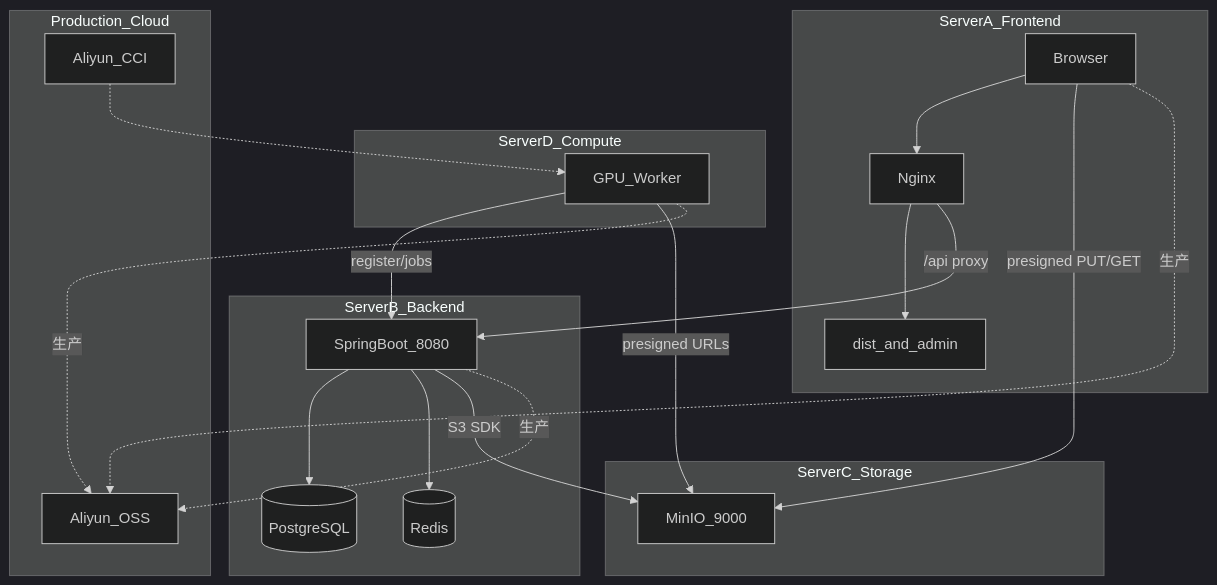
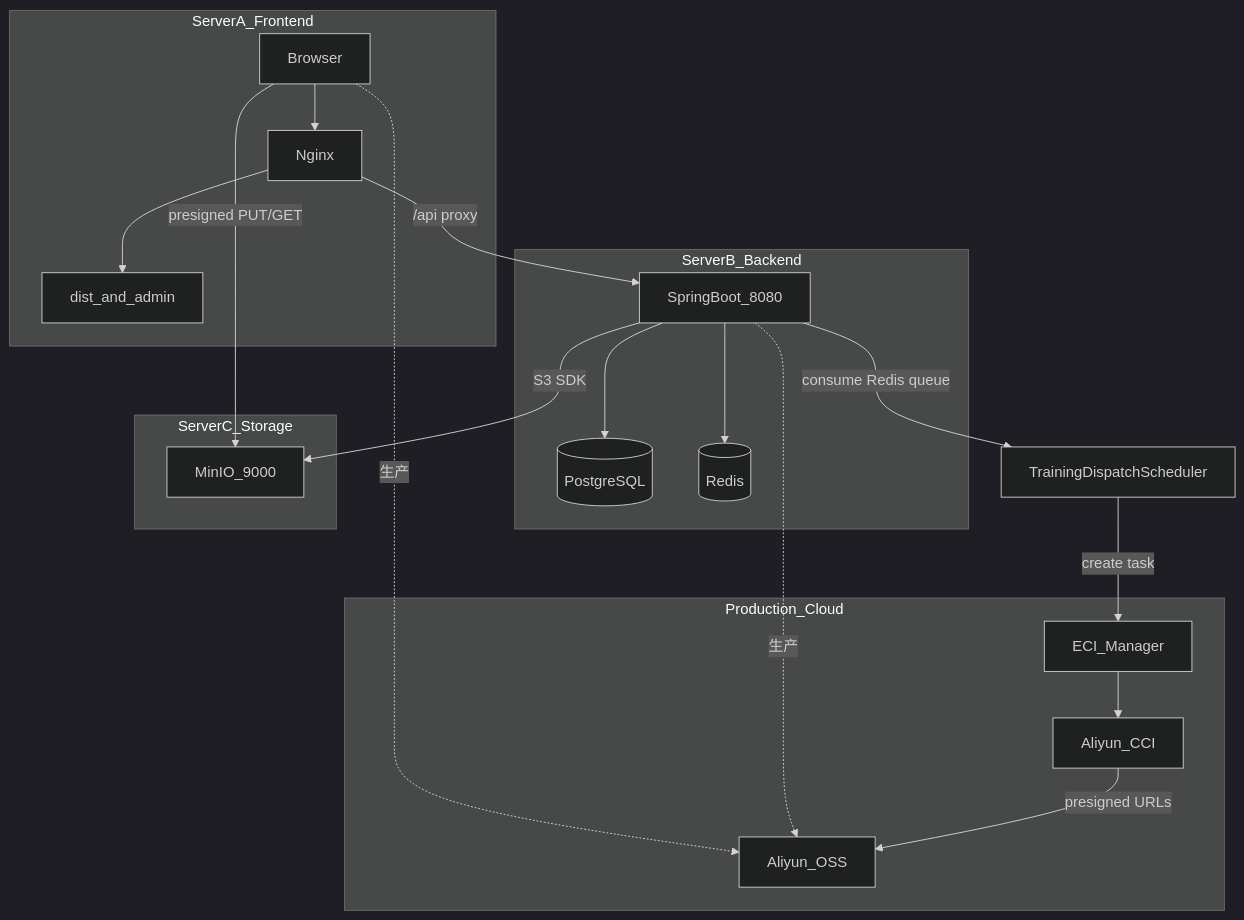
The diagram in docs/Deploy.md (XJI1234/XJICloud), drawn with Mermaid (dark theme) before and after one commit. The commit also changed other lines of this file and 48 other files, not shown here.

````diff
--- a/docs/Deploy.md
+++ b/docs/Deploy.md
@@ -13,41 +13,38 @@
 ```mermaid
 flowchart TB
   subgraph serverA [ServerA_Frontend]
     Browser[Browser]
     Nginx[Nginx]
     Static[dist_and_admin]
   end
 
   subgraph serverB [ServerB_Backend]
     API[SpringBoot_8080]
     PG[(PostgreSQL)]
     Redis[(Redis)]
   end
 
   subgraph serverC [ServerC_Storage]
     MinIO[MinIO_9000]
   end
 
-  subgraph serverD [ServerD_Compute]
-    Worker[GPU_Worker]
-  end
-
   subgraph prodCloud [Production_Cloud]
     AliOSS[Aliyun_OSS]
+    EciManager[ECI_Manager]
     CCI[Aliyun_CCI]
   end
 
   Browser --> Nginx
   Nginx --> Static
   Nginx -->|"/api proxy"| API
   Browser -->|"presigned PUT/GET"| MinIO
   Browser -.->|"生产"| AliOSS
   API --> PG
   API --> Redis
   API -->|"S3 SDK"| MinIO
   API -.->|"生产"| AliOSS
-  Worker -->|"register/jobs"| API
-  Worker -->|"presigned URLs"| MinIO
-  Worker -.->|"生产"| AliOSS
-  CCI -.-> Worker
+  API -->|"consume Redis queue"| Dispatch[TrainingDispatchScheduler]
+  Dispatch -->|"create task"| EciManager
+  EciManager --> CCI
+  CCI -->|"presigned URLs"| AliOSS
 ```
````
